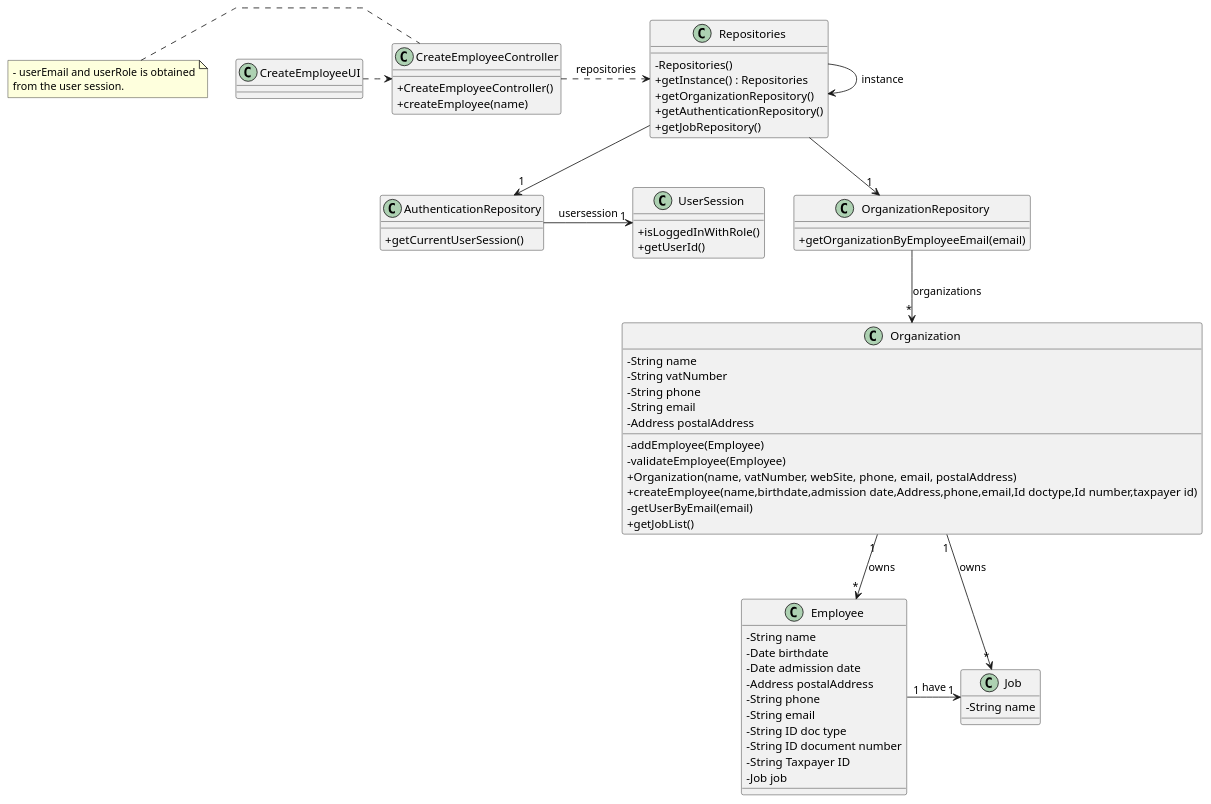
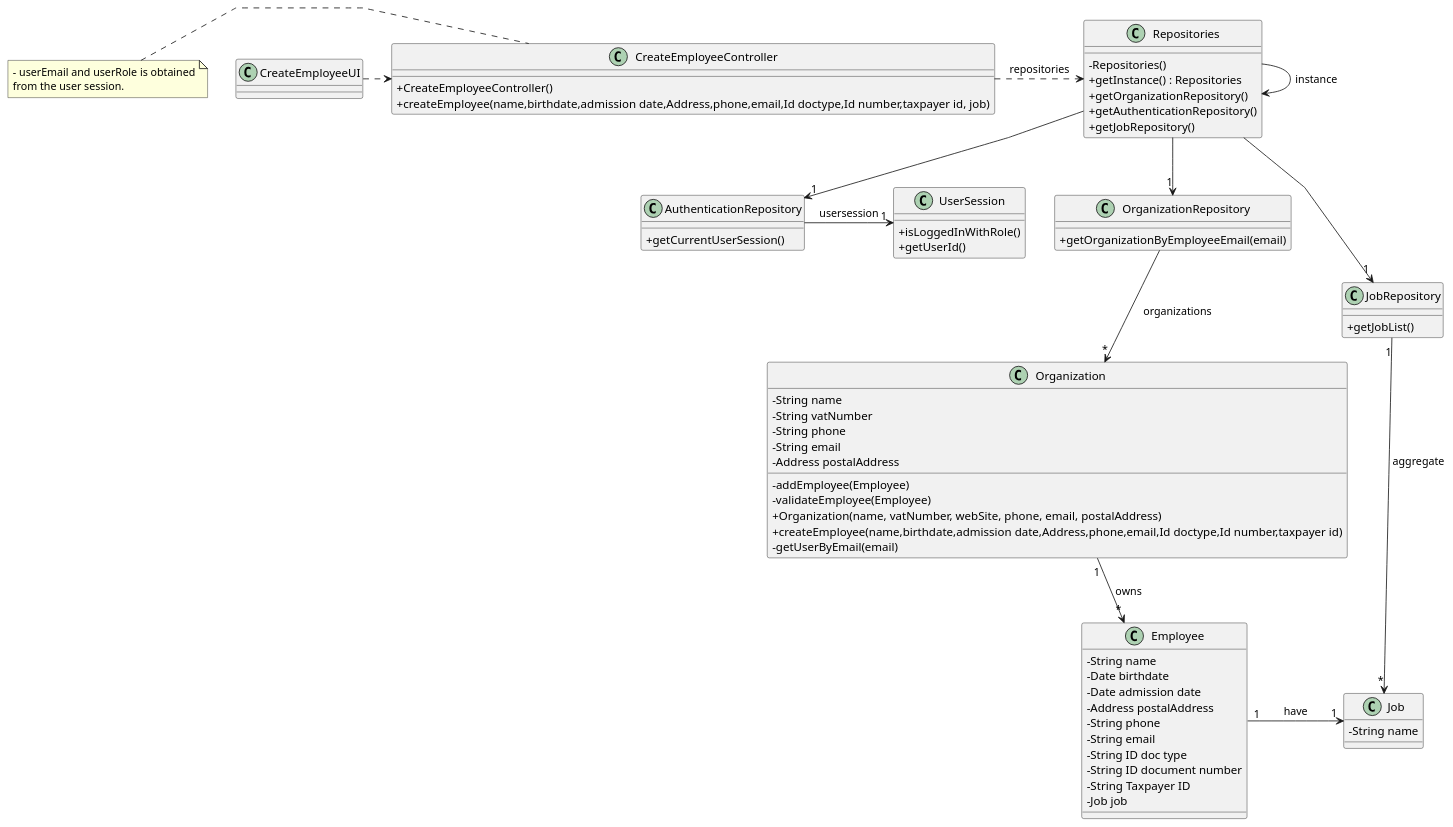
Before and after one commit to Mendoncaa/LAPR2: the diagram in docs/sprintB/us003/03.design/puml/us003-class-diagram.puml, drawn with PlantUML. The commit also changed 6 other files, not shown here.

```diff
--- a/docs/sprintB/us003/03.design/puml/us003-class-diagram.puml
+++ b/docs/sprintB/us003/03.design/puml/us003-class-diagram.puml
@@ -1,100 +1,105 @@
 @startuml
 'skinparam monochrome true
 skinparam packageStyle rectangle
 skinparam shadowing false
 skinparam linetype polyline
 'skinparam linetype orto
 
 skinparam classAttributeIconSize 0
 
 'left to right direction
 
 class AuthenticationRepository
 {
     + getCurrentUserSession()
 }
 
 class UserSession
 {
     + isLoggedInWithRole()
     + getUserId()
 }
 
 
 
 class Job {
     - String name
 }
 
 class Employee {
     - String name
     - Date birthdate
     - Date admission date
     - Address postalAddress
     - String phone
     - String email
     - String ID doc type
     - String ID document number
     - String Taxpayer ID
     - Job job
 }
 
 
 
 class Organization {
     - String name
     - String vatNumber
     - String phone
     - String email
     - Address postalAddress
     - addEmployee(Employee)
     - validateEmployee(Employee)
     + Organization(name, vatNumber, webSite, phone, email, postalAddress)
     + createEmployee(name,birthdate,admission date,Address,phone,email,Id doctype,Id number,taxpayer id)
     - getUserByEmail(email)
-    + getJobList()
 
 }
 
 
 class OrganizationRepository {
     + getOrganizationByEmployeeEmail(email)
 }
 
 class Repositories {
     - Repositories()
     + getInstance() : Repositories
     + getOrganizationRepository()
     + getAuthenticationRepository()
     + getJobRepository()
 }
+class JobRepository{
+
+    + getJobList()
+
+}
 
 class CreateEmployeeController {
     + CreateEmployeeController()
-    + createEmployee(name)
+    + createEmployee(name,birthdate,admission date,Address,phone,email,Id doctype,Id number,taxpayer id, job)
 
 }
 
 note left of CreateEmployeeController
     - userEmail and userRole is obtained
     from the user session.
 end note
 
 
 class CreateEmployeeUI {
 }
 
 Repositories -> Repositories : instance
 CreateEmployeeUI .> CreateEmployeeController
 CreateEmployeeController .> Repositories : repositories
 Repositories --> "1" OrganizationRepository
 OrganizationRepository --> "*" Organization : organizations
 AuthenticationRepository -> "1" UserSession : usersession
 Repositories --> "1" AuthenticationRepository
-Organization "1" --> "*" Job : owns
+Repositories --> "1" JobRepository
+JobRepository "1" --> "*" Job : aggregate
 Organization "1" --> "*" Employee : owns
 Employee "1" -> "1" Job : have
 
 
 
 @enduml
```
